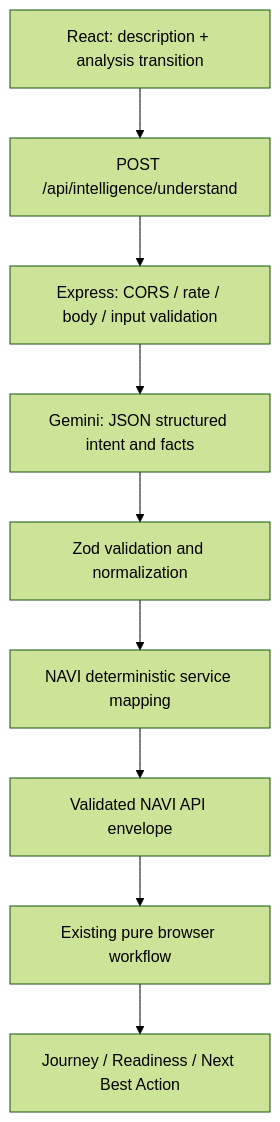
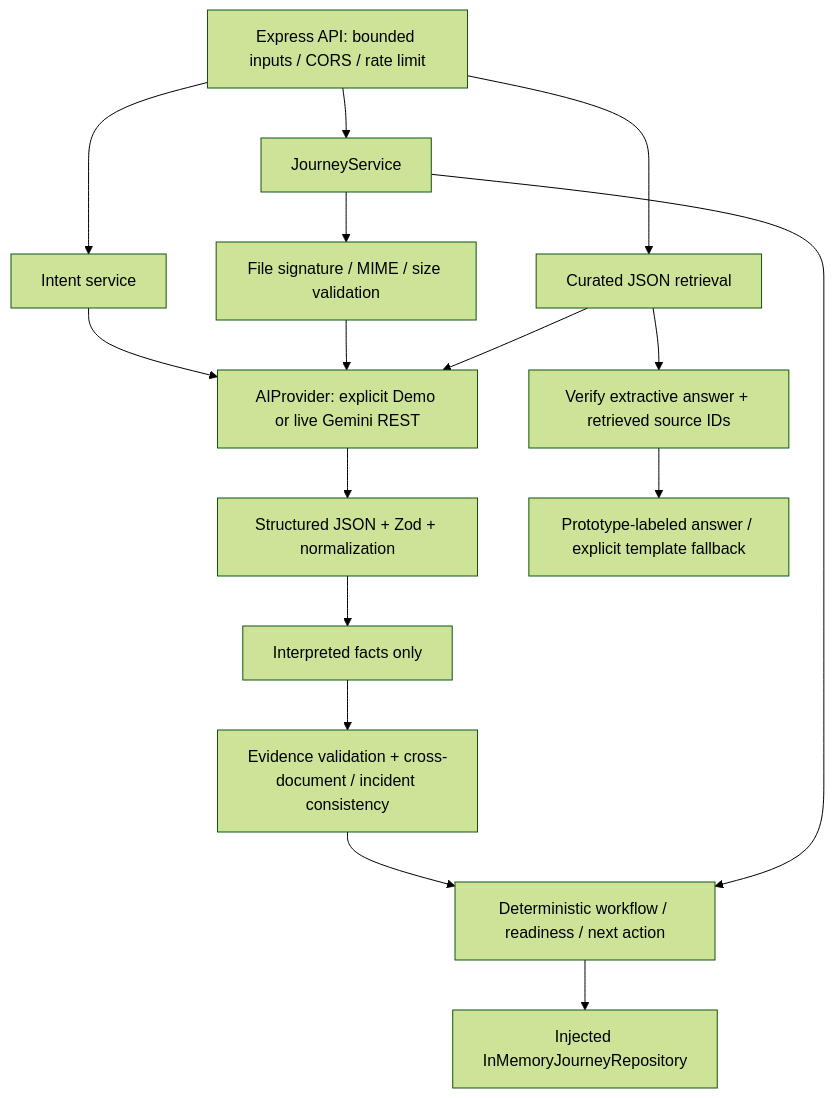
Before and after one commit to NAVI-Hackathon/AfterZeroHackathon: the diagram in docs/architecture.md, drawn with Mermaid (forest theme). The commit also changed other lines of this file and 29 other files, not shown here.

Commit message:
[M4] feat: integrate NAVI live Gemini intent and document intelligence

````diff
--- a/docs/architecture.md
+++ b/docs/architecture.md
@@ -5,11 +7,18 @@
 ```mermaid
 flowchart TD
-  A[React: description + analysis transition] --> B[POST /api/intelligence/understand]
-  B --> C[Express: CORS / rate / body / input validation]
-  C --> D[Gemini: JSON structured intent and facts]
-  D --> E[Zod validation and normalization]
-  E --> F[NAVI deterministic service mapping]
-  F --> G[Validated NAVI API envelope]
-  G --> H[Existing pure browser workflow]
-  H --> I[Journey / Readiness / Next Best Action]
+  HTTP[Express API: bounded inputs / CORS / rate limit] --> Intent[Intent service]
+  HTTP --> Journey[JourneyService]
+  HTTP --> Knowledge[Curated JSON retrieval]
+  Intent --> AI[AIProvider: explicit Demo or live Gemini REST]
+  Journey --> Documents[File signature / MIME / size validation]
+  Documents --> AI
+  Knowledge --> AI
+  AI --> Schema[Structured JSON + Zod + normalization]
+  Schema --> Facts[Interpreted facts only]
+  Facts --> Validation[Evidence validation + cross-document / incident consistency]
+  Validation --> Rules[Deterministic workflow / readiness / next action]
+  Journey --> Rules
+  Rules --> Repo[Injected InMemoryJourneyRepository]
+  Knowledge --> Grounding[Verify extractive answer + retrieved source IDs]
+  Grounding --> Answer[Prototype-labeled answer / explicit template fallback]
 ```
````
